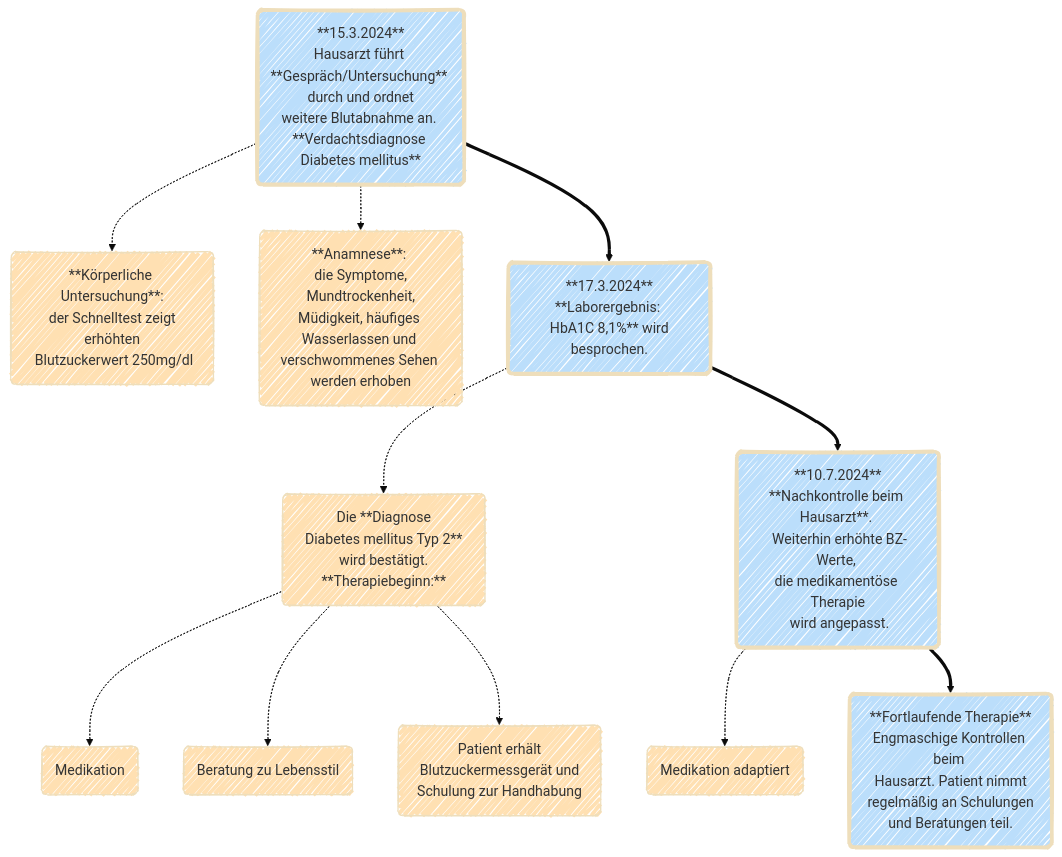
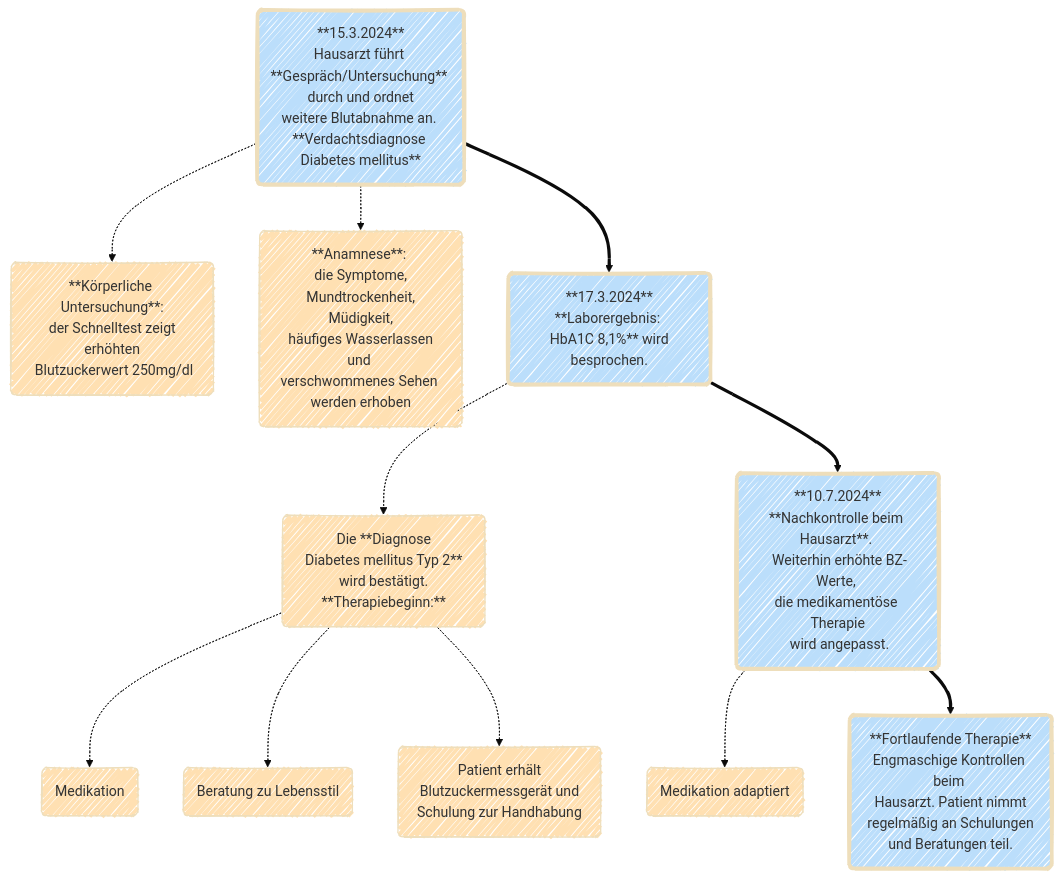
Before and after one commit to HL7Austria/ELGA-IV-Diabetes-R4: the diagram in input/pagecontent/anwendungsfaelle.md, drawn with Mermaid (base theme).

Commit message:
Update Mermaid

```diff
--- a/input/pagecontent/anwendungsfaelle.md
+++ b/input/pagecontent/anwendungsfaelle.md
@@ -14,28 +14,28 @@
 <pre class="mermaid">
 ---
 config:
   look: handDrawn
   layout: fixed
 ---
 flowchart TD
 A("**15.3.2024**<br/>Hausarzt führt **Gespräch/Untersuchung** durch und ordnet<br/>weitere Blutabnahme an. <br/>**Verdachtsdiagnose Diabetes mellitus**")
-A -.-> a1("**Körperliche Untersuchung**:<br/> der Schnelltest zeigt erhöhten<br/> Blutzuckerwert 250mg/dl") & a2("**Anamnese**: <br/>die Symptome,<br/> Mundtrockenheit, Müdigkeit, häufiges Wasserlassen und verschwommenes Sehen werden erhoben")
+A -.-> a1("**Körperliche Untersuchung**:<br/> der Schnelltest zeigt erhöhten<br/> Blutzuckerwert 250mg/dl") & a2("**Anamnese**: <br/>die Symptome,<br/> Mundtrockenheit, Müdigkeit,<br/> häufiges Wasserlassen und <br/>verschwommenes Sehen <br/>werden erhoben")
 A ==> B("**17.3.2024**<br/>**Laborergebnis: <br/> HbA1C 8,1%** wird besprochen.")
 B -.-> b1("Die **Diagnose<br/> Diabetes mellitus Typ 2** wird bestätigt.<br/>**Therapiebeginn:**")
 b1 -.-> bb1("Medikation") & bb2("Beratung zu Lebensstil") & bb3("Patient erhält<br/> Blutzuckermessgerät und Schulung zur Handhabung")
 B ==> C("**10.7.2024**<br/>**Nachkontrolle beim <br/>Hausarzt**. <br/> Weiterhin erhöhte BZ-Werte, <br/>die medikamentöse Therapie<br/> wird angepasst.")
 C -.-> c1("Medikation adaptiert")
 C ==> D("**Fortlaufende Therapie**<br/>Engmaschige Kontrollen beim <br/>Hausarzt. Patient nimmt<br/> regelmäßig an Schulungen und Beratungen teil.")
     
 style A fill:#BBDEFB,stroke-width:4px
 style a1 fill:#FFE0B2
 style a2 fill:#FFE0B2
 style B fill:#BBDEFB,stroke-width:4px
 style b1 fill:#FFE0B2
 style bb1 fill:#FFE0B2
 style bb2 fill:#FFE0B2
 style bb3 fill:#FFE0B2
 style C fill:#BBDEFB,stroke-width:4px
 style c1 fill:#FFE0B2
 style D fill:#BBDEFB,stroke-width:4px
 </pre>
```
